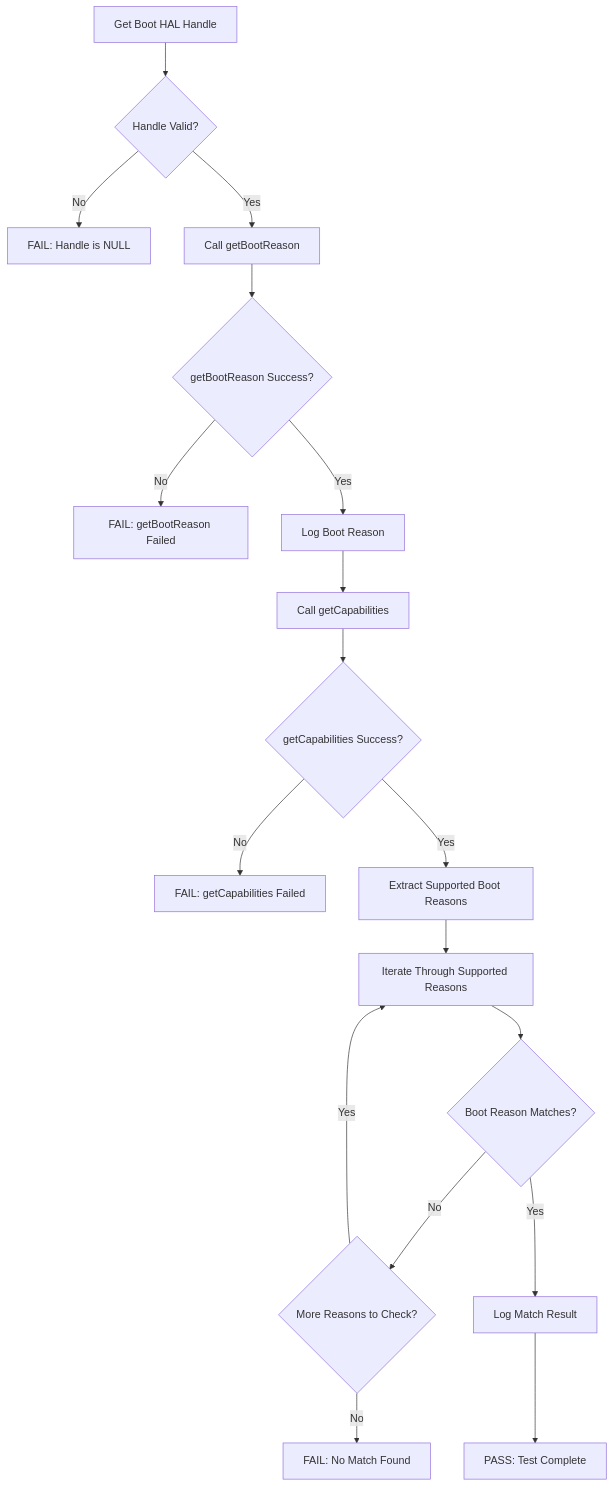
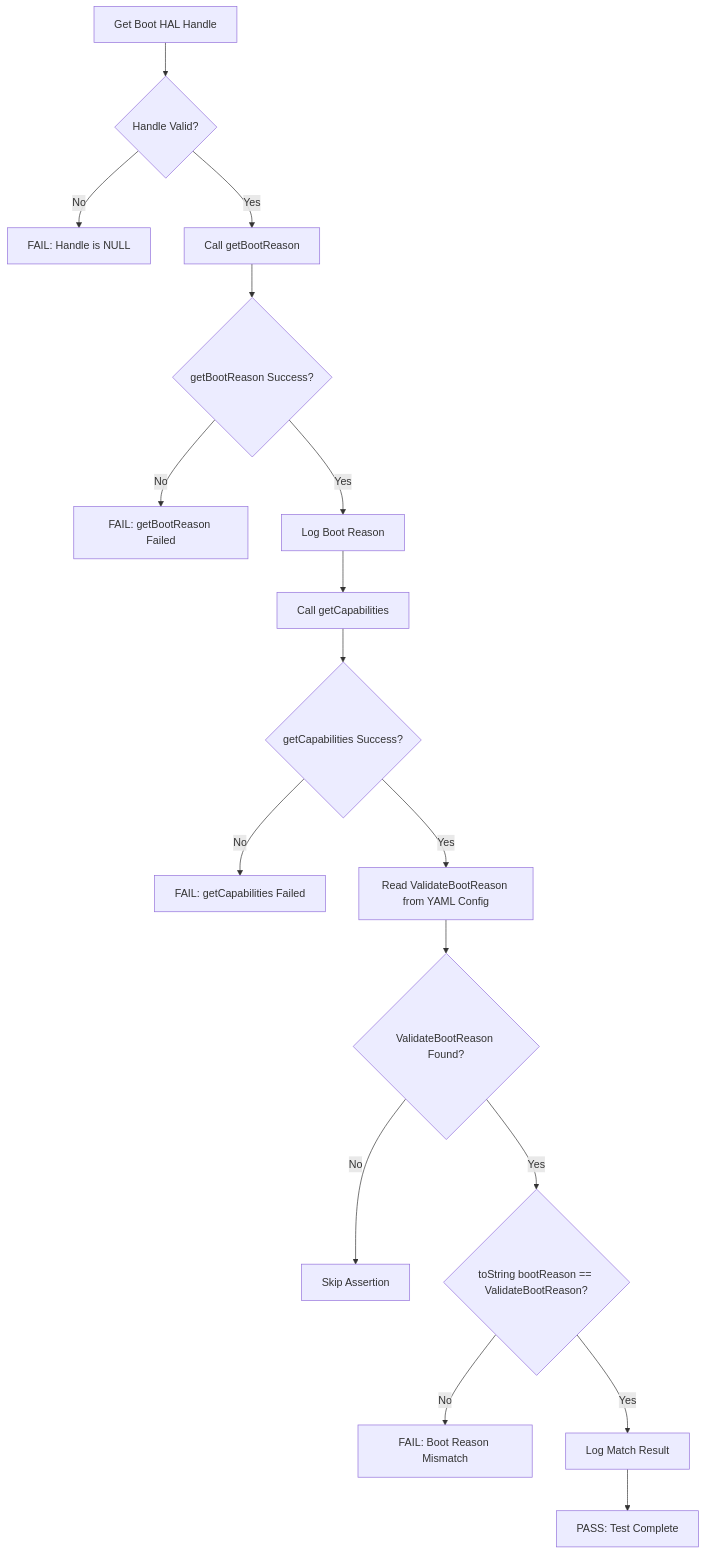
Before and after one commit to rdkcentral/rdk-halif-aidl-test-boot: the second of 3 diagrams in docs/pages/Boot_L3_Low-Level_TestSpecification.md, drawn with Mermaid. The commit also changed other lines of this file and 17 other files, not shown here.

````diff
--- a/docs/pages/Boot_L3_Low-Level_TestSpecification.md
+++ b/docs/pages/Boot_L3_Low-Level_TestSpecification.md
@@ -173,20 +170,19 @@
 ```mermaid
 graph TD
     A[Get Boot HAL Handle] --> B{Handle Valid?}
     B -->|No| C[FAIL: Handle is NULL]
     B -->|Yes| D[Call getBootReason]
     D --> E{getBootReason Success?}
     E -->|No| F[FAIL: getBootReason Failed]
     E -->|Yes| G[Log Boot Reason]
     G --> H[Call getCapabilities]
     H --> I{getCapabilities Success?}
     I -->|No| J[FAIL: getCapabilities Failed]
-    I -->|Yes| K[Extract Supported Boot Reasons]
-    K --> L[Iterate Through Supported Reasons]
-    L --> M{Boot Reason Matches?}
-    M -->|No| N{More Reasons to Check?}
-    N -->|Yes| L
-    N -->|No| O[FAIL: No Match Found]
-    M -->|Yes| P[Log Match Result]
+    I -->|Yes| K[Read ValidateBootReason from YAML Config]
+    K --> L{ValidateBootReason Found?}
+    L -->|No| M[Skip Assertion]
+    L -->|Yes| N{toString bootReason == ValidateBootReason?}
+    N -->|No| O[FAIL: Boot Reason Mismatch]
+    N -->|Yes| P[Log Match Result]
     P --> Q[PASS: Test Complete]
 ```
````
